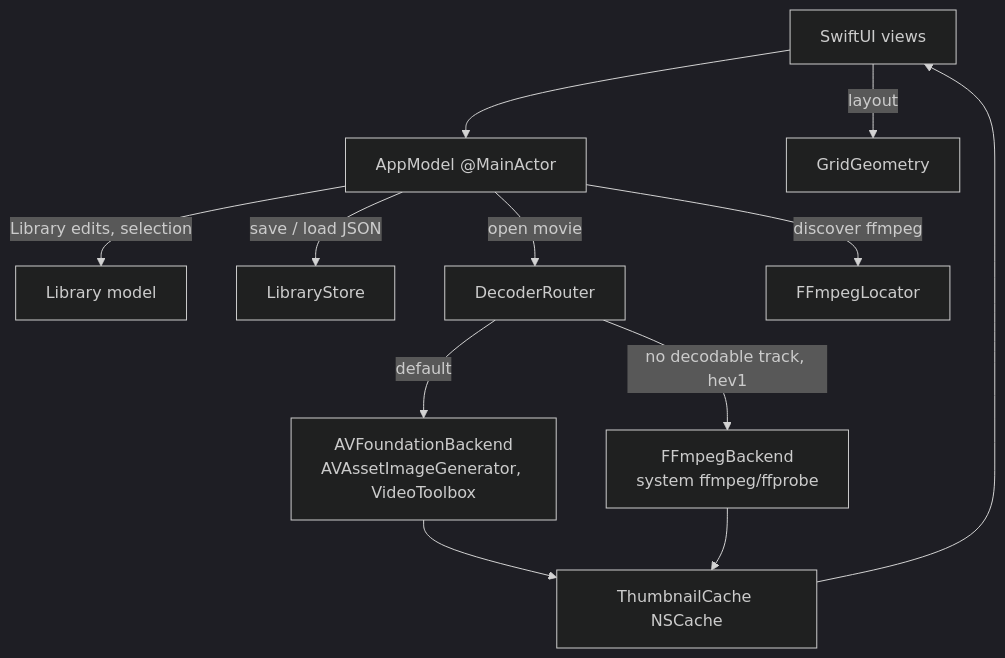
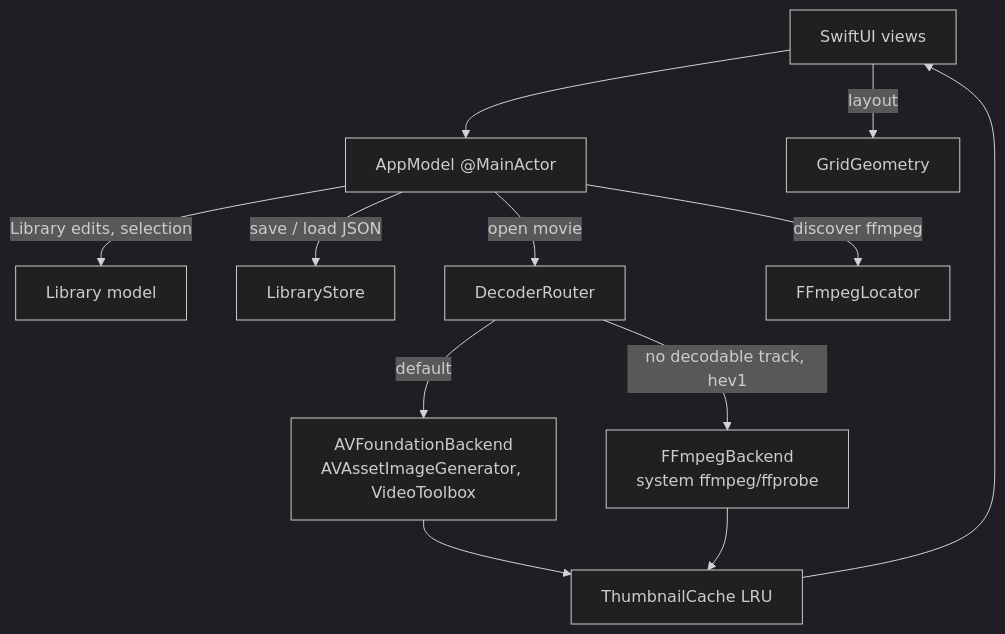
Before and after one commit to kni927/FrameSheet: the diagram in docs/ARCHITECTURE.md, drawn with Mermaid (dark theme). The commit also changed other lines of this file and 6 other files, not shown here.

Commit message:
docs: T04b archive, decision 25, known issue 5, architecture, status and README

````diff
--- a/docs/ARCHITECTURE.md
+++ b/docs/ARCHITECTURE.md
@@ -11,14 +11,14 @@
 ```mermaid
 graph TD
     V[SwiftUI views] --> M[AppModel @MainActor]
     M -->|Library edits, selection| L[Library model]
     M -->|save / load JSON| S[LibraryStore]
     M -->|open movie| R[DecoderRouter]
     R -->|default| AV[AVFoundationBackend<br/>AVAssetImageGenerator, VideoToolbox]
     R -->|no decodable track, hev1| FF[FFmpegBackend<br/>system ffmpeg/ffprobe]
     M -->|discover ffmpeg| FL[FFmpegLocator]
-    AV --> C[ThumbnailCache NSCache]
+    AV --> C[ThumbnailCache LRU]
     FF --> C
     C --> V
     V -->|layout| G[GridGeometry]
 ```
````
